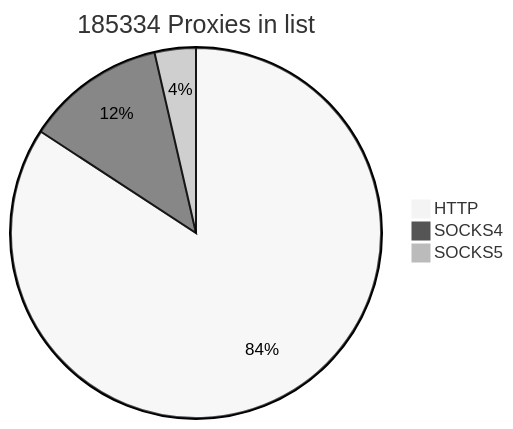
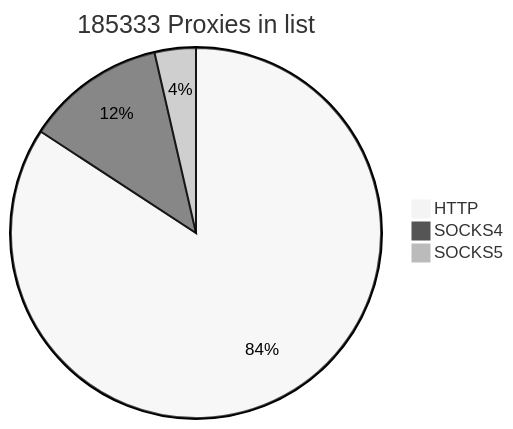
The first of 2 diagrams in README.md (cutipu/proxylist), drawn with Mermaid (neutral theme) before and after one commit. The commit also changed other lines of this file, not shown here.

````diff
--- a/README.md
+++ b/README.md
@@ -2,7 +2,7 @@
 ```mermaid
-pie title 185334 Proxies in list
-    "HTTP" : 156077
-    "SOCKS4" : 22588
-    "SOCKS5" : 6669
+pie title 185333 Proxies in list
+    "HTTP" : 156076
+    "SOCKS4" : 22587
+    "SOCKS5" : 6670
             
 ```
````
